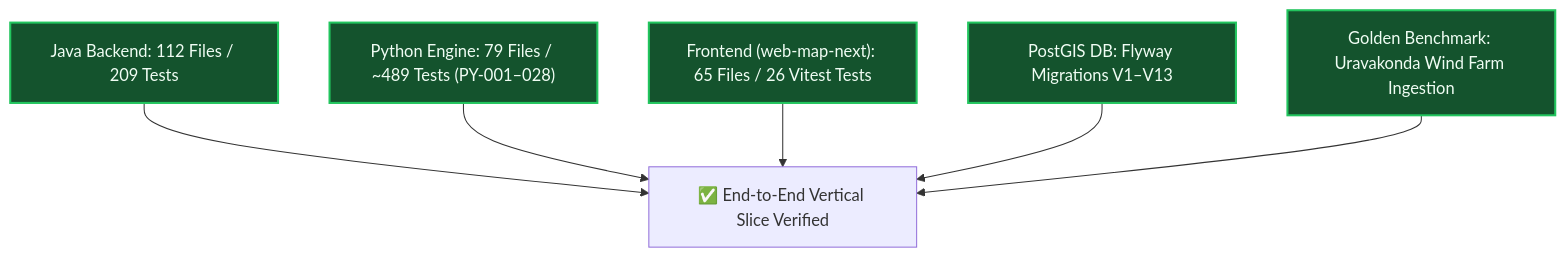
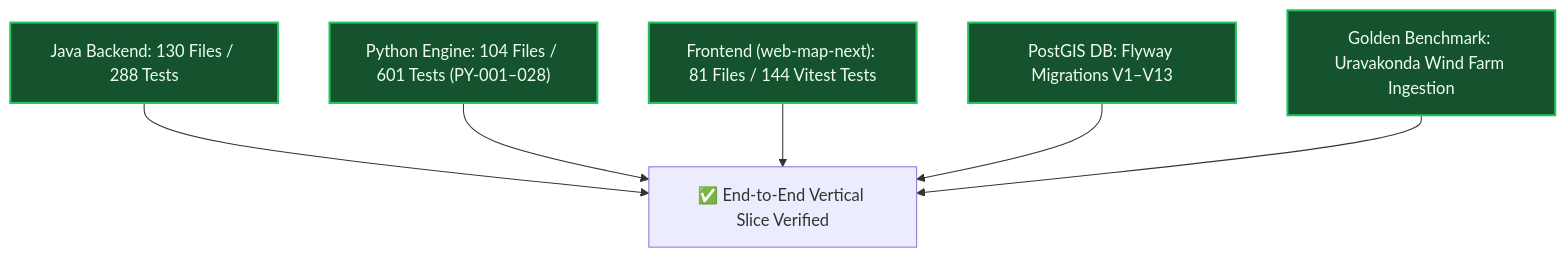
One commit to cookedaryan/surge changed the second of 2 diagrams in obsidian-vault/01-vision/Scope.md. Above: the diagram before and after it, drawn with Mermaid. The commit also changed other lines of this file and 17 other files, not shown here.

````diff
--- a/obsidian-vault/01-vision/Scope.md
+++ b/obsidian-vault/01-vision/Scope.md
@@ -100,16 +100,16 @@
 ```mermaid
 graph TD
     classDef pass fill:#14532d,stroke:#22c55e,stroke-width:2px,color:#f0fdf4;
 
-    TEST1["Java Backend: 112 Files / 209 Tests"]:::pass
-    TEST2["Python Engine: 79 Files / ~489 Tests (PY-001–028)"]:::pass
-    TEST3["Frontend (web-map-next): 65 Files / 26 Vitest Tests"]:::pass
+    TEST1["Java Backend: 130 Files / 288 Tests"]:::pass
+    TEST2["Python Engine: 104 Files / 601 Tests (PY-001–028)"]:::pass
+    TEST3["Frontend (web-map-next): 81 Files / 144 Vitest Tests"]:::pass
     TEST4["PostGIS DB: Flyway Migrations V1–V13"]:::pass
     TEST5["Golden Benchmark: Uravakonda Wind Farm Ingestion"]:::pass
 
     TEST1 --> E2E["✅ End-to-End Vertical Slice Verified"]
     TEST2 --> E2E
     TEST3 --> E2E
     TEST4 --> E2E
     TEST5 --> E2E
 ```
````
